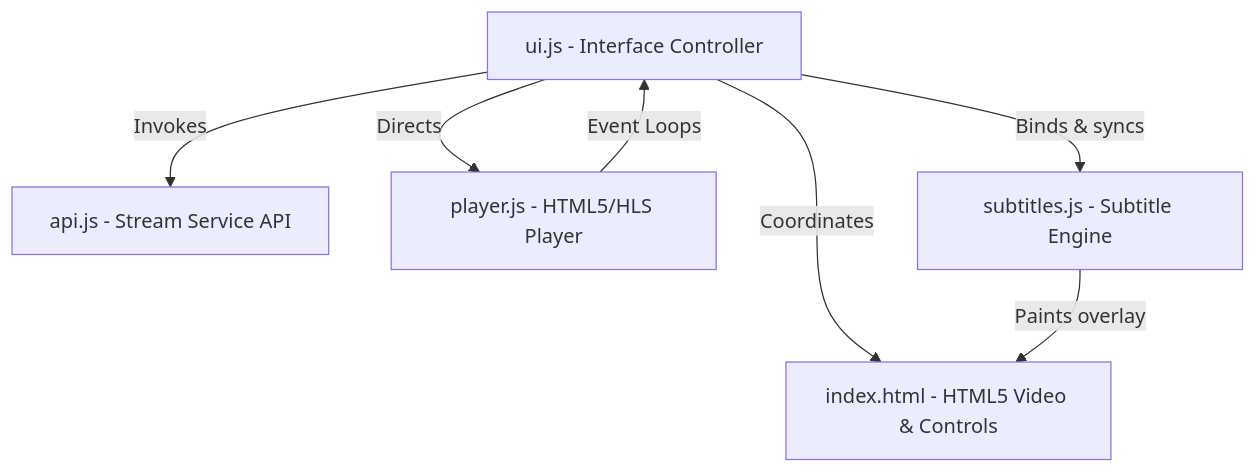
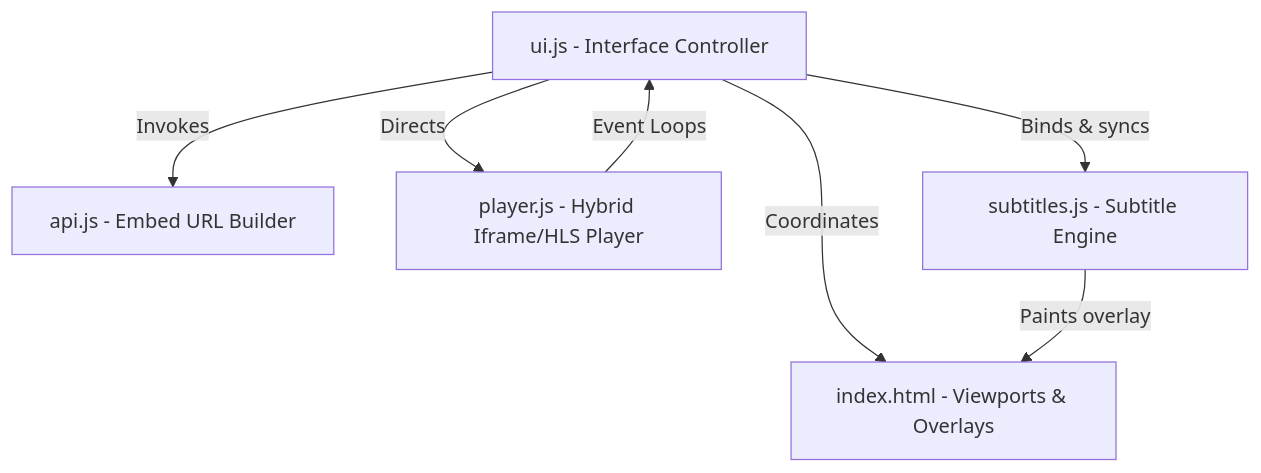
Before and after one commit to iamgkkj/605streams: the first of 2 diagrams in docs/Architecture.md, drawn with Mermaid. The commit also changed other lines of this file and 5 other files, not shown here.

Commit message:
feat: implement hybrid player engine supporting both direct HLS streaming and iframe-based embeds

````diff
--- a/docs/Architecture.md
+++ b/docs/Architecture.md
@@ -10,15 +12,15 @@
 ```mermaid
 graph TD
     UI[ui.js - Interface Controller]
-    API[api.js - Stream Service API]
-    PLAY[player.js - HTML5/HLS Player]
+    API[api.js - Embed URL Builder]
+    PLAY[player.js - Hybrid Iframe/HLS Player]
     SUB[subtitles.js - Subtitle Engine]
-    DOM[index.html - HTML5 Video & Controls]
+    DOM[index.html - Viewports & Overlays]
 
     UI -->|Coordinates| DOM
     UI -->|Invokes| API
     UI -->|Directs| PLAY
     UI -->|Binds & syncs| SUB
     PLAY -->|Event Loops| UI
     SUB -->|Paints overlay| DOM
 ```
````
